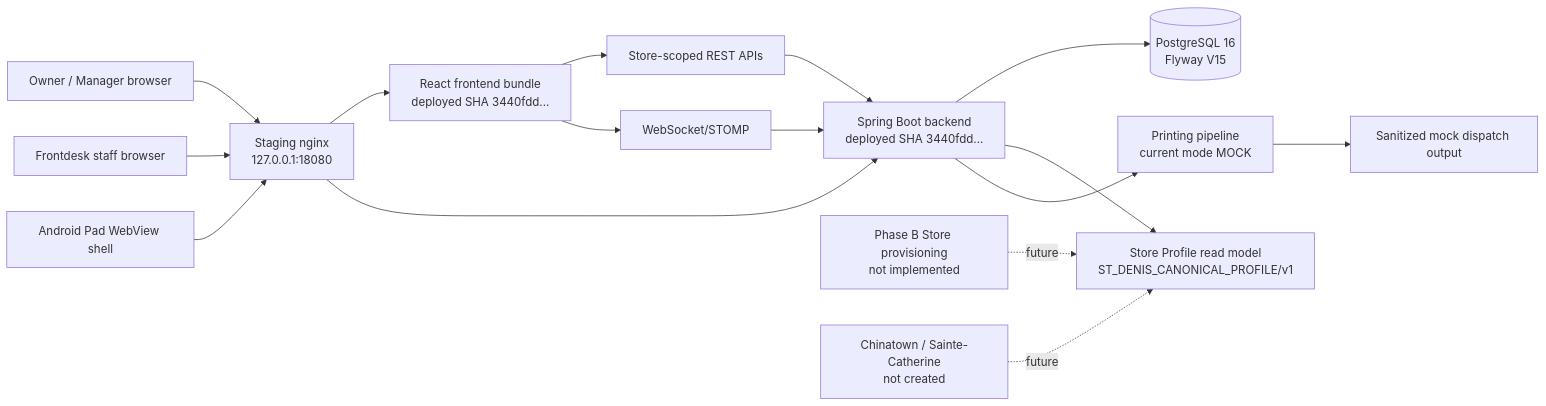
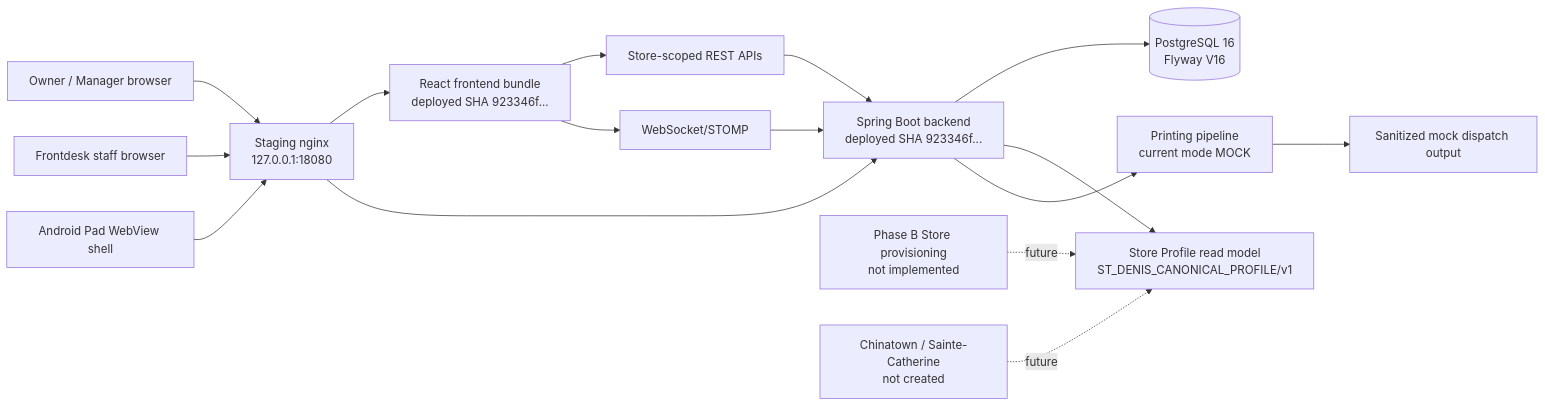
The diagram in docs/architecture/current-staging/01_SYSTEM_CONTEXT.md (Z1linXu/Restaurant_System), drawn with Mermaid before and after one commit. The commit also changed other lines of this file and 45 other files, not shown here.

````diff
--- a/docs/architecture/current-staging/01_SYSTEM_CONTEXT.md
+++ b/docs/architecture/current-staging/01_SYSTEM_CONTEXT.md
@@ -21,21 +21,21 @@
 ```mermaid
 flowchart LR
     owner["Owner / Manager browser"] --> nginx["Staging nginx<br/>127.0.0.1:18080"]
     staff["Frontdesk staff browser"] --> nginx
     android["Android Pad WebView shell"] --> nginx
 
-    nginx --> frontend["React frontend bundle<br/>deployed SHA 3440fdd..."]
-    nginx --> backend["Spring Boot backend<br/>deployed SHA 3440fdd..."]
+    nginx --> frontend["React frontend bundle<br/>deployed SHA 923346f..."]
+    nginx --> backend["Spring Boot backend<br/>deployed SHA 923346f..."]
     frontend --> api["Store-scoped REST APIs"]
     frontend --> ws["WebSocket/STOMP"]
     api --> backend
     ws --> backend
 
-    backend --> db[("PostgreSQL 16<br/>Flyway V15")]
+    backend --> db[("PostgreSQL 16<br/>Flyway V16")]
     backend --> profile["Store Profile read model<br/>ST_DENIS_CANONICAL_PROFILE/v1"]
     backend --> print["Printing pipeline<br/>current mode MOCK"]
     print --> mock["Sanitized mock dispatch output"]
 
     futureB["Phase B Store provisioning<br/>not implemented"] -. "future" .-> profile
     futureC["Chinatown / Sainte-Catherine<br/>not created"] -. "future" .-> profile
 ```
````
